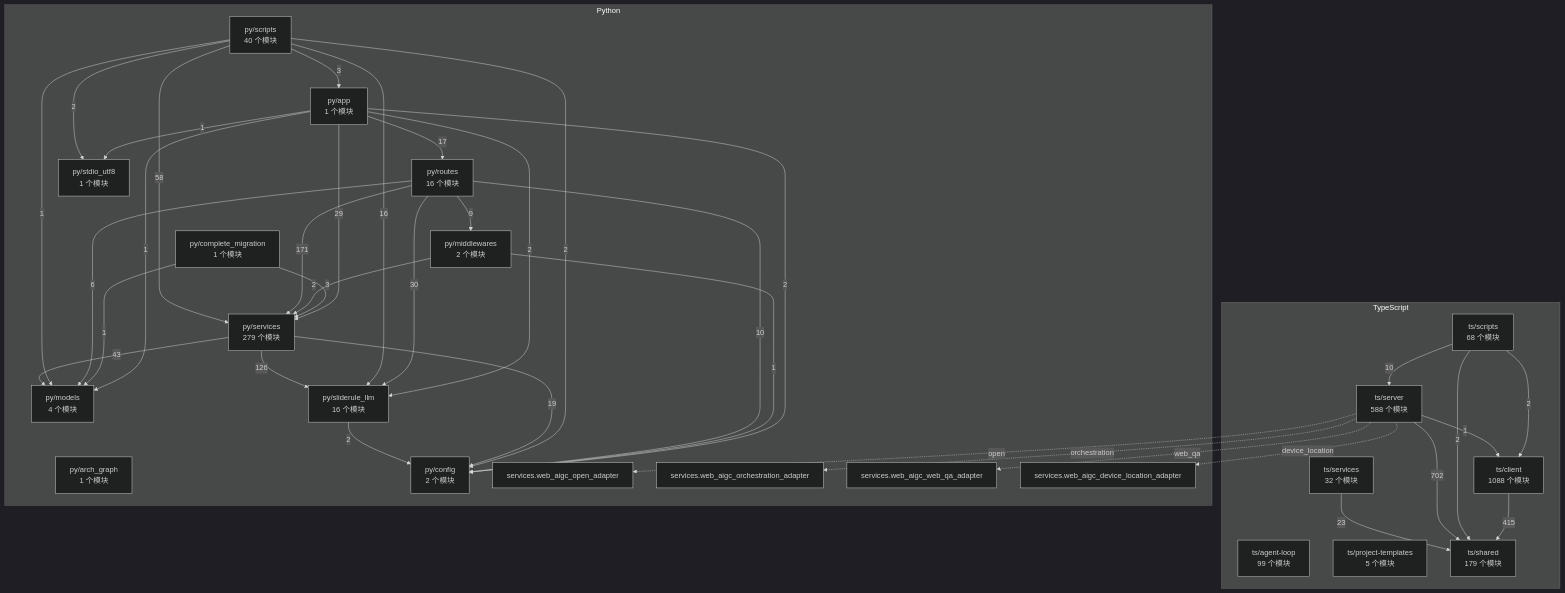
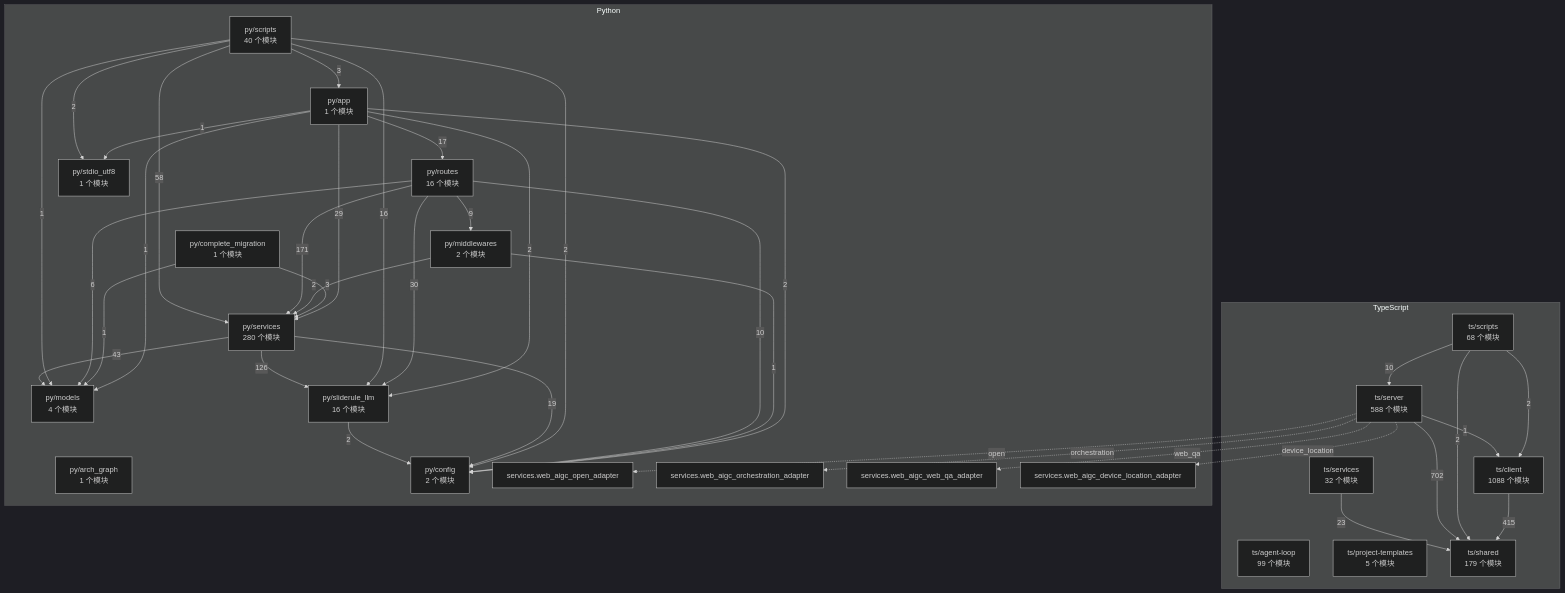
One commit to 2686521696/WhyBuddy changed the diagram in docs/WhyBuddy 全仓架构图（自动生成）.md. Above: the diagram before and after it, drawn with Mermaid (dark theme). The commit also changed 12 other files, not shown here.

````diff
--- a/docs/WhyBuddy 全仓架构图（自动生成）.md
+++ b/docs/WhyBuddy 全仓架构图（自动生成）.md
@@ -14,65 +14,65 @@
 ```mermaid
 flowchart TB
   subgraph ts [TypeScript]
     ts_agent_loop["ts/agent-loop<br/>99 个模块"]
     ts_client["ts/client<br/>1088 个模块"]
     ts_project_templates["ts/project-templates<br/>5 个模块"]
     ts_scripts["ts/scripts<br/>68 个模块"]
     ts_server["ts/server<br/>588 个模块"]
     ts_services["ts/services<br/>32 个模块"]
     ts_shared["ts/shared<br/>179 个模块"]
   end
   subgraph py [Python]
     py_app["py/app<br/>1 个模块"]
     py_arch_graph["py/arch_graph<br/>1 个模块"]
     py_complete_migration["py/complete_migration<br/>1 个模块"]
     py_config["py/config<br/>2 个模块"]
     py_middlewares["py/middlewares<br/>2 个模块"]
     py_models["py/models<br/>4 个模块"]
     py_routes["py/routes<br/>16 个模块"]
     py_scripts["py/scripts<br/>40 个模块"]
-    py_services["py/services<br/>279 个模块"]
+    py_services["py/services<br/>280 个模块"]
     py_sliderule_llm["py/sliderule_llm<br/>16 个模块"]
     py_stdio_utf8["py/stdio_utf8<br/>1 个模块"]
     py_services_web_aigc_open_adapter["services.web_aigc_open_adapter"]
     py_services_web_aigc_orchestration_adapter["services.web_aigc_orchestration_adapter"]
     py_services_web_aigc_web_qa_adapter["services.web_aigc_web_qa_adapter"]
     py_services_web_aigc_device_location_adapter["services.web_aigc_device_location_adapter"]
   end
   ts_client -->|415| ts_shared
   ts_scripts -->|2| ts_client
   ts_scripts -->|10| ts_server
   ts_scripts -->|2| ts_shared
   ts_server -->|1| ts_client
   ts_server -->|702| ts_shared
   ts_services -->|23| ts_shared
   py_app -->|2| py_config
   py_app -->|1| py_models
   py_app -->|17| py_routes
   py_app -->|29| py_services
   py_app -->|2| py_sliderule_llm
   py_app -->|1| py_stdio_utf8
   py_complete_migration -->|1| py_models
   py_complete_migration -->|3| py_services
   py_middlewares -->|1| py_config
   py_middlewares -->|2| py_services
   py_routes -->|10| py_config
   py_routes -->|9| py_middlewares
   py_routes -->|6| py_models
   py_routes -->|171| py_services
   py_routes -->|30| py_sliderule_llm
   py_scripts -->|3| py_app
   py_scripts -->|2| py_config
   py_scripts -->|1| py_models
   py_scripts -->|58| py_services
   py_scripts -->|16| py_sliderule_llm
   py_scripts -->|2| py_stdio_utf8
   py_services -->|19| py_config
   py_services -->|43| py_models
   py_services -->|126| py_sliderule_llm
   py_sliderule_llm -->|2| py_config
   ts_server -.->|open| py_services_web_aigc_open_adapter
   ts_server -.->|orchestration| py_services_web_aigc_orchestration_adapter
   ts_server -.->|web_qa| py_services_web_aigc_web_qa_adapter
   ts_server -.->|device_location| py_services_web_aigc_device_location_adapter
 ```
````
